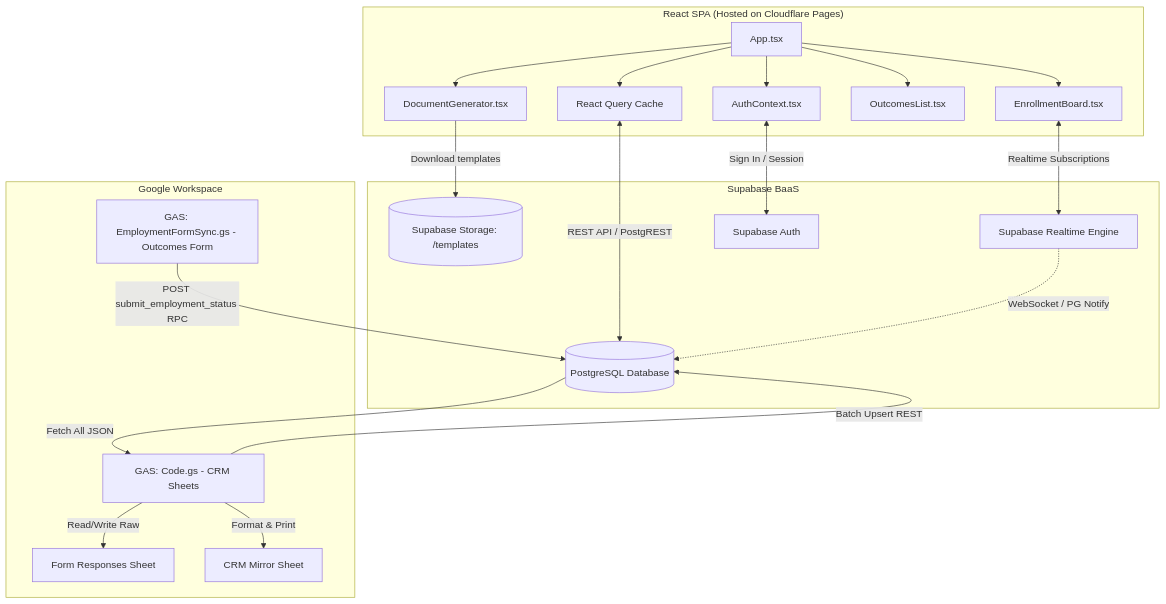
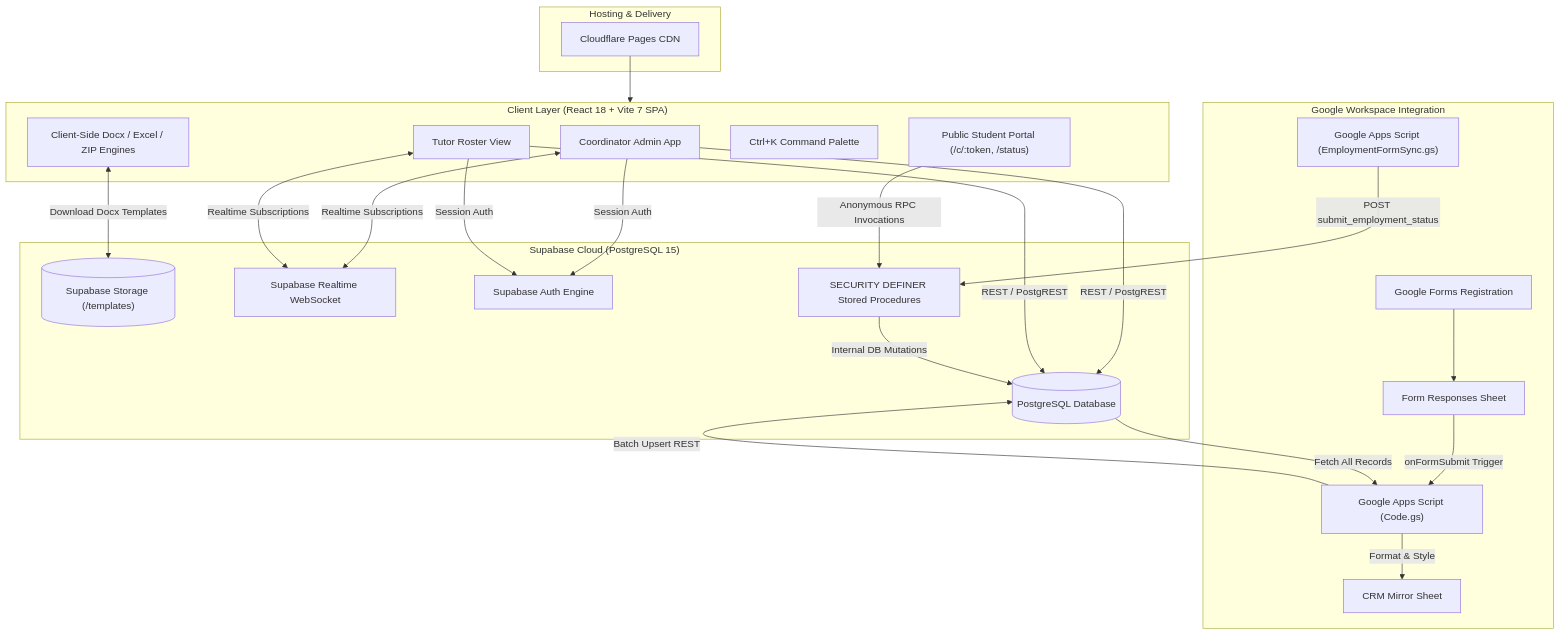
Before and after one commit to ihorvasyliev-gh/CRM-From-Google: the diagram in README.md, drawn with Mermaid. The commit also changed other lines of this file, not shown here.

Commit message:
docs: revamp README with badges, modern architecture, and updated features

````diff
--- a/README.md
+++ b/README.md
@@ -134,41 +82,53 @@
 ```mermaid
 graph TD
-    %% Frontend Components
-    subgraph Frontend ["React SPA (Hosted on Cloudflare Pages)"]
-        App[App.tsx] --> Auth[AuthContext.tsx]
-        App --> Board[EnrollmentBoard.tsx]
-        App --> DocGen[DocumentGenerator.tsx]
-        App --> Outcomes[OutcomesList.tsx]
-        App --> ReactQuery[React Query Cache]
+    %% Public & Client Layer
+    subgraph Client ["Client Layer (React 18 + Vite 7 SPA)"]
+        Admin[Coordinator Admin App]
+        Tutor[Tutor Roster View]
+        PublicPortal["Public Student Portal (/c/:token, /status)"]
+        CmdPalette[Ctrl+K Command Palette]
+        DocEngine["Client-Side Docx / Excel / ZIP Engines"]
     end
 
-    %% Backend Components
-    subgraph Backend ["Supabase BaaS"]
-        DB[(PostgreSQL Database)]
-        Storage[(Supabase Storage: /templates)]
-        Realtime[Supabase Realtime Engine]
-        AuthService[Supabase Auth]
+    %% Edge Hosting
+    subgraph Hosting ["Hosting & Delivery"]
+        CF[Cloudflare Pages CDN]
     end
 
-    %% Integrations
-    subgraph GoogleSheets ["Google Workspace"]
-        GAS_CRM[GAS: Code.gs - CRM Sheets]
-        GAS_Outcomes[GAS: EmploymentFormSync.gs - Outcomes Form]
-        Sheet_Resp[Form Responses Sheet]
-        Sheet_Mirror[CRM Mirror Sheet]
+    %% Database & BaaS Layer
+    subgraph Supabase ["Supabase Cloud (PostgreSQL 15)"]
+        DB[("PostgreSQL Database")]
+        Storage[("Supabase Storage (/templates)")]
+        Realtime["Supabase Realtime WebSocket"]
+        Auth["Supabase Auth Engine"]
+        RPC["SECURITY DEFINER Stored Procedures"]
     end
 
-    %% Connectors
-    ReactQuery <--> |REST API / PostgREST| DB
-    Auth <--> |Sign In / Session| AuthService
-    Board <--> |Realtime Subscriptions| Realtime
-    Realtime -.-> |WebSocket / PG Notify| DB
-    DocGen --> |Download templates| Storage
+    %% Google Workspace Integration
+    subgraph GoogleWorkspace ["Google Workspace Integration"]
+        GForm["Google Forms Registration"]
+        GAS_Sync["Google Apps Script (Code.gs)"]
+        GAS_Outcomes["Google Apps Script (EmploymentFormSync.gs)"]
+        Sheet_Resp["Form Responses Sheet"]
+        Sheet_Mirror["CRM Mirror Sheet"]
+    end
 
-    GAS_CRM --> |Batch Upsert REST| DB
-    DB --> |Fetch All JSON| GAS_CRM
-    GAS_CRM --> |Read/Write Raw| Sheet_Resp
-    GAS_CRM --> |Format & Print| Sheet_Mirror
+    %% Interactions
+    CF --> Client
+    Admin --> |REST / PostgREST| DB
+    Tutor --> |REST / PostgREST| DB
+    Admin --> |Session Auth| Auth
+    Tutor --> |Session Auth| Auth
+    Admin <--> |Realtime Subscriptions| Realtime
+    Tutor <--> |Realtime Subscriptions| Realtime
+    DocEngine <--> |Download Docx Templates| Storage
+    PublicPortal --> |Anonymous RPC Invocations| RPC
+    RPC --> |Internal DB Mutations| DB
 
-    GAS_Outcomes --> |POST submit_employment_status RPC| DB
+    GForm --> Sheet_Resp
+    Sheet_Resp --> |onFormSubmit Trigger| GAS_Sync
+    GAS_Sync --> |Batch Upsert REST| DB
+    DB --> |Fetch All Records| GAS_Sync
+    GAS_Sync --> |Format & Style| Sheet_Mirror
+    GAS_Outcomes --> |POST submit_employment_status| RPC
 ```
````
